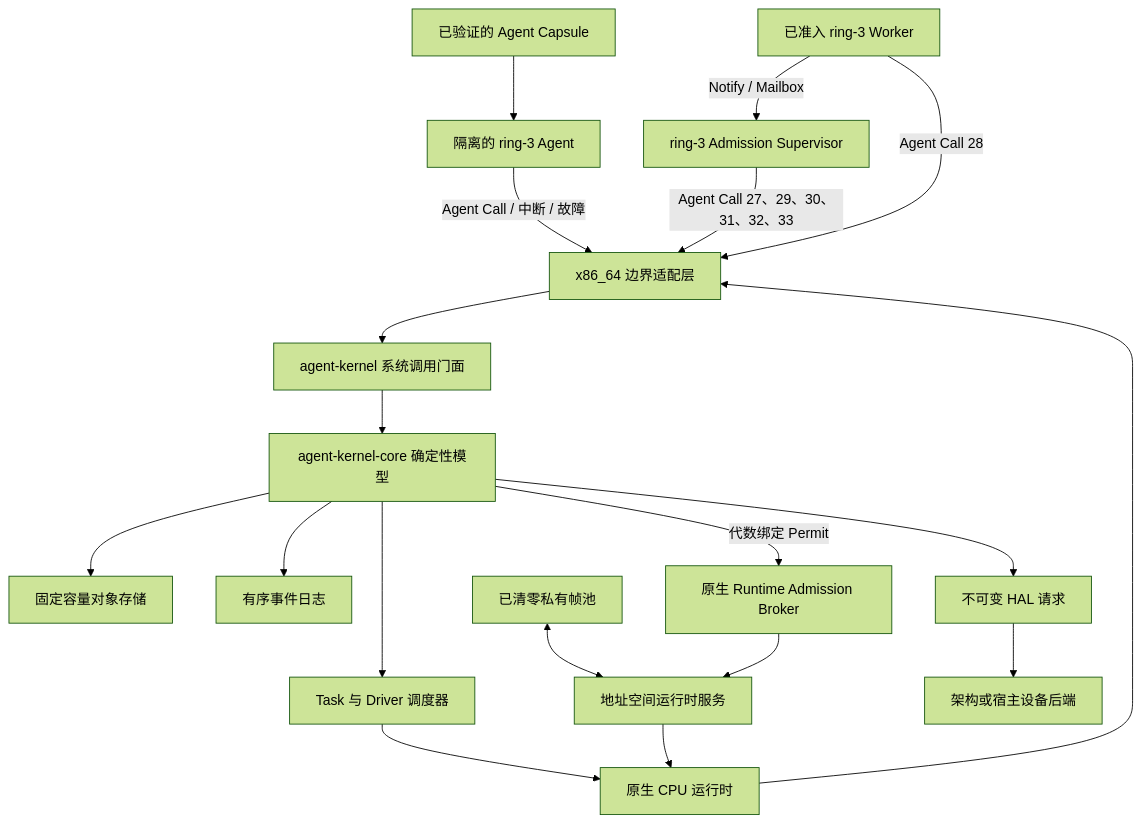
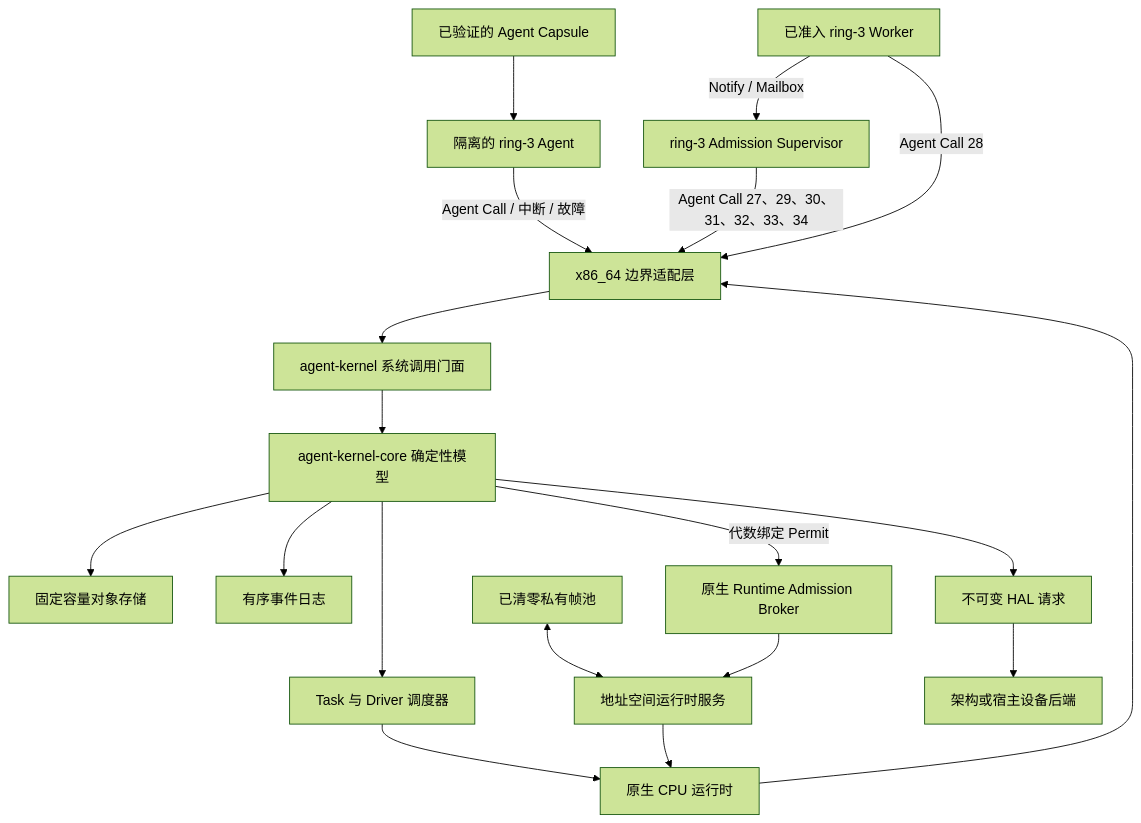
The diagram in README.zh-CN.md (Evan-master/agent-kernel), drawn with Mermaid (forest theme) before and after one commit. The commit also changed other lines of this file and 53 other files, not shown here.

````diff
--- a/README.zh-CN.md
+++ b/README.zh-CN.md
@@ -166,21 +174,21 @@
 ```mermaid
 flowchart TB
     Capsule["已验证的 Agent Capsule"] --> Ring3["隔离的 ring-3 Agent"]
     Ring3 -->|"Agent Call / 中断 / 故障"| X86["x86_64 边界适配层"]
     X86 --> Facade["agent-kernel 系统调用门面"]
     Facade --> Core["agent-kernel-core 确定性模型"]
     Core --> Stores["固定容量对象存储"]
     Core --> Events["有序事件日志"]
     Core --> Scheduler["Task 与 Driver 调度器"]
     Scheduler --> Runtime["原生 CPU 运行时"]
     Runtime --> X86
     FramePool["已清零私有帧池"] <--> AddressService["地址空间运行时服务"]
     Broker["原生 Runtime Admission Broker"] --> AddressService
     Core -->|"代数绑定 Permit"| Broker
     AddressService --> Runtime
     Core --> HAL["不可变 HAL 请求"]
     HAL --> Device["架构或宿主设备后端"]
-    Supervisor["ring-3 Admission Supervisor"] -->|"Agent Call 27、29、30、31、32、33"| X86
+    Supervisor["ring-3 Admission Supervisor"] -->|"Agent Call 27、29、30、31、32、33、34"| X86
     Workers["已准入 ring-3 Worker"] -->|"Agent Call 28"| X86
     Workers -->|"Notify / Mailbox"| Supervisor
 ```
````
